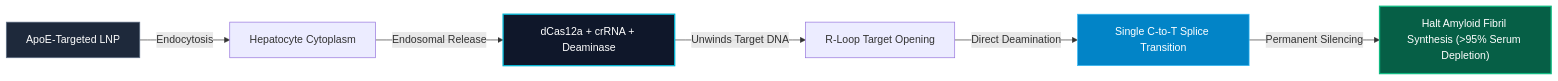
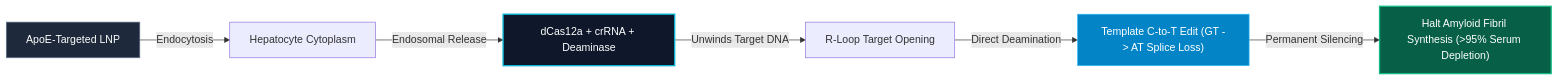
One commit to maxcomperatore/nexusgene changed the first of 2 diagrams in README.md. Above: the diagram before and after it, drawn with Mermaid. The commit also changed other lines of this file, not shown here.

Commit message:
refactor(data-room): refine splice-donor strand deamination chemistry, correct PDB 5XUS to 2.50 A X-ray crystallography, and align biologic disclaimer

````diff
--- a/README.md
+++ b/README.md
@@ -73,13 +73,13 @@
 ```mermaid
 flowchart LR
     LNP["ApoE-Targeted LNP"] -->|"Endocytosis"| Hep["Hepatocyte Cytoplasm"]
     Hep -->|"Endosomal Release"| Core["dCas12a + crRNA + Deaminase"]
     Core -->|"Unwinds Target DNA"| Loop["R-Loop Target Opening"]
-    Loop -->|"Direct Deamination"| Edit["Single C-to-T Splice Transition"]
+    Loop -->|"Direct Deamination"| Edit["Template C-to-T Edit (GT -> AT Splice Loss)"]
     Edit -->|"Permanent Silencing"| Cure["Halt Amyloid Fibril Synthesis (>95% Serum Depletion)"]
 
     style LNP fill:#1e293b,stroke:#64748b,color:#fff
     style Core fill:#0f172a,stroke:#06b6d4,stroke-width:2px,color:#fff
     style Edit fill:#0284c7,stroke:#38bdf8,color:#fff
     style Cure fill:#065f46,stroke:#10b981,stroke-width:2px,color:#fff
 ```
````
